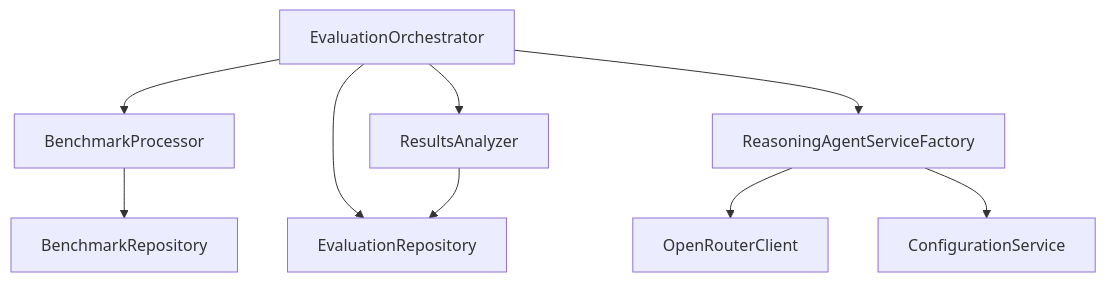
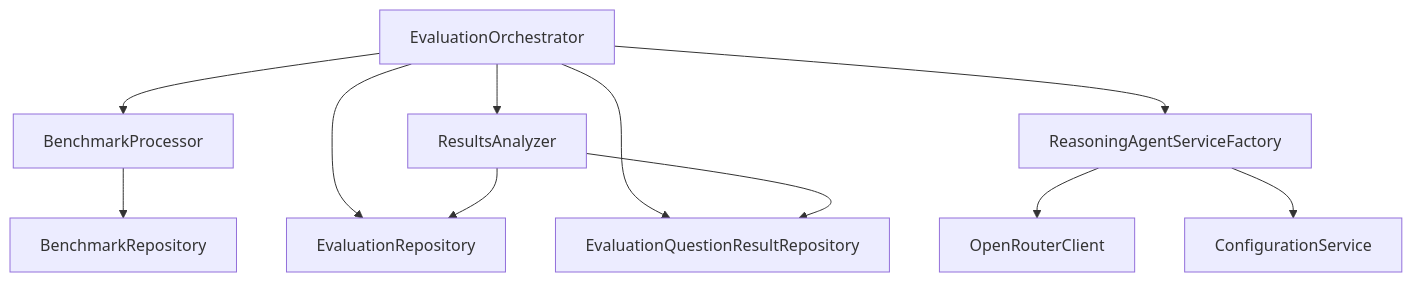
The seventh of 7 diagrams in documentation/v2-application-services-architecture.md (thompsonson/c4ai-ml-agents-v2), drawn with Mermaid before and after one commit. The commit also changed other lines of this file and 3 other files, not shown here.

````diff
--- a/documentation/v2-application-services-architecture.md
+++ b/documentation/v2-application-services-architecture.md
@@ -427,13 +479,15 @@
 ```mermaid
 graph TD
     A[EvaluationOrchestrator] --> B[BenchmarkProcessor]
     A --> C[ResultsAnalyzer]
     A --> D[ReasoningAgentServiceFactory]
 
-    B --> E[BenchmarkRepository]
-    A --> F[EvaluationRepository]
+    A --> E[EvaluationRepository]
+    A --> F[EvaluationQuestionResultRepository]
+    C --> E
     C --> F
+    B --> G[BenchmarkRepository]
 
-    D --> G[OpenRouterClient]
-    D --> H[ConfigurationService]
+    D --> H[OpenRouterClient]
+    D --> I[ConfigurationService]
 ```
````
